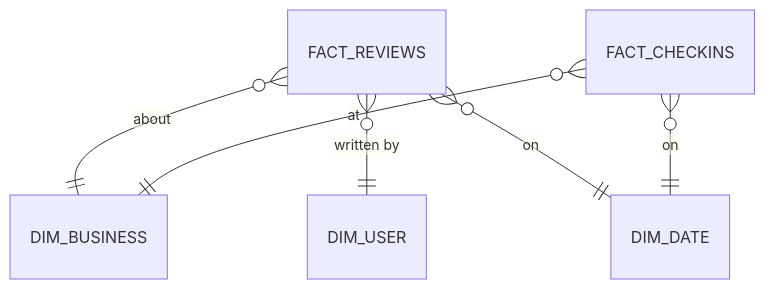
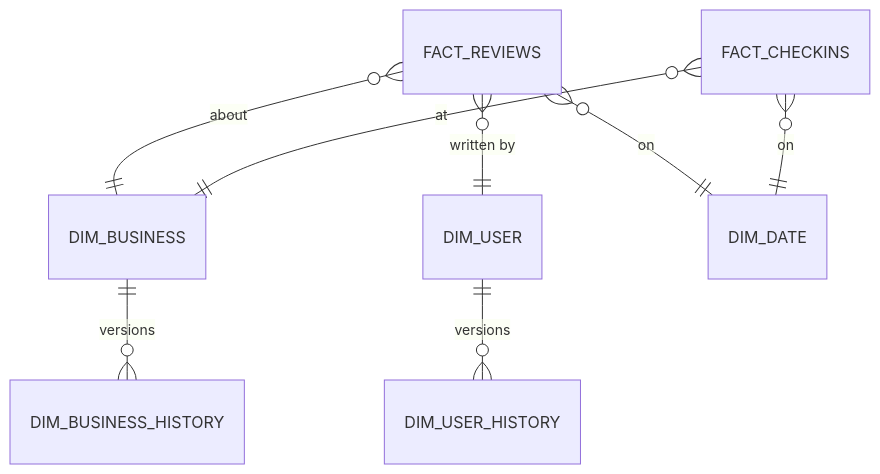
Before and after one commit to Aamirali7596/Finalto_Yelp_project: the third of 3 diagrams in README.md, drawn with Mermaid.

````diff
--- a/README.md
+++ b/README.md
@@ -117,8 +117,14 @@
 ```mermaid
 erDiagram
+
     FACT_REVIEWS  }o--|| DIM_BUSINESS : "about"
     FACT_REVIEWS  }o--|| DIM_USER     : "written by"
     FACT_REVIEWS  }o--|| DIM_DATE     : "on"
+
     FACT_CHECKINS }o--|| DIM_BUSINESS : "at"
     FACT_CHECKINS }o--|| DIM_DATE     : "on"
+
+    DIM_BUSINESS ||--o{ DIM_BUSINESS_HISTORY : "versions"
+    DIM_USER     ||--o{ DIM_USER_HISTORY     : "versions"
+
 ```
````
